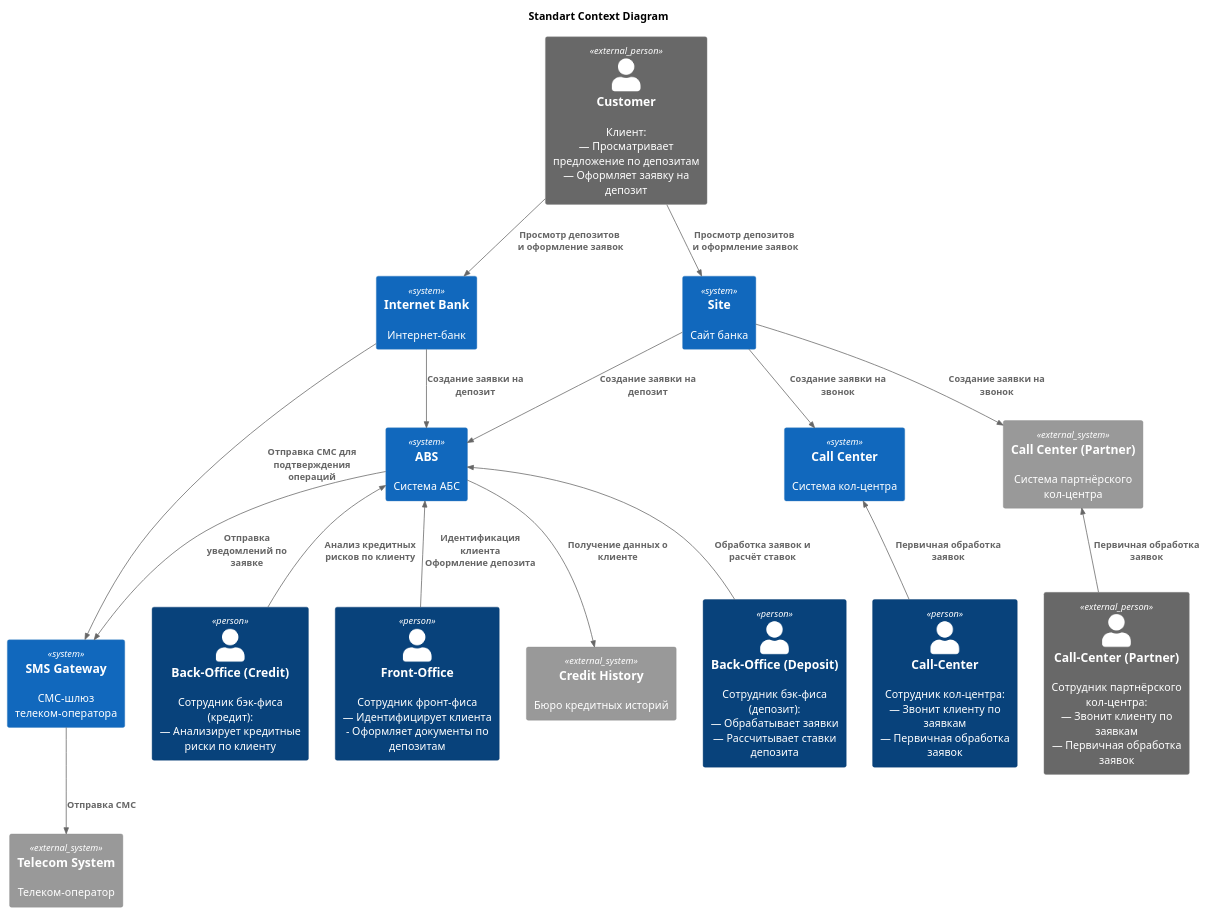
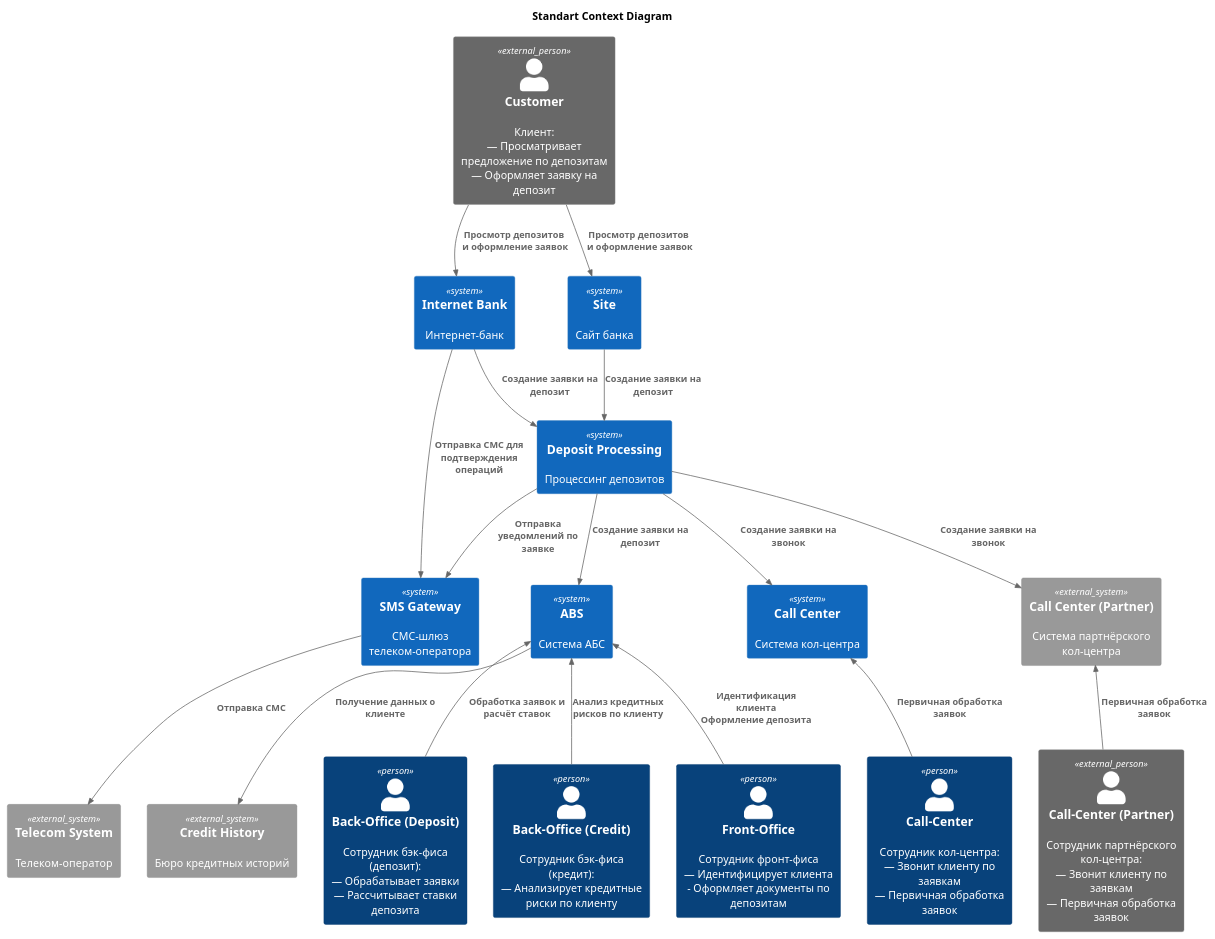
One commit to oreshkanet/ya-architecture-pro-standart changed the diagram in Task3/Context.puml. Above: the diagram before and after it, drawn with PlantUML. The commit also changed 14 other files, not shown here.

```diff
--- a/Task3/Context.puml
+++ b/Task3/Context.puml
@@ -1,47 +1,50 @@
 @startuml Standart_Context
 title Standart Context Diagram
 
 !include ../c4/C4_Context.puml
 
 ' ПОЛЬЗОВАТЕЛИ
 Person_Ext(Customer, "Customer", "Клиент:\n— Просматривает предложение по депозитам\n— Оформляет заявку на депозит")
 Person_Ext(CallCenterParnerUser, "Call-Center (Partner)", "Сотрудник партнёрского кол-центра:\n— Звонит клиенту по заявкам\n— Первичная обработка заявок")
 Person(CallCenterUser, "Call-Center", "Сотрудник кол-центра:\n— Звонит клиенту по заявкам\n— Первичная обработка заявок")
 Person(BackOfficeDepositUser, "Back-Office (Deposit)", "Сотрудник бэк-фиса (депозит):\n— Обрабатывает заявки\n— Рассчитывает ставки депозита")
 Person(BackOfficeCreditUser, "Back-Office (Credit)", "Сотрудник бэк-фиса (кредит):\n— Анализирует кредитные риски по клиенту")
 Person(FrontOfficeUser, "Front-Office", "Сотрудник фронт-фиса\n— Идентифицирует клиента\n- Оформляет документы по депозитам")
 
 ' ВНЕШНИЕ СИСТЕМЫ
 System_Ext(TelecomSystem, "Telecom System", "Телеком-оператор")
 System_Ext(CallCenterPartnerSystem, "Call Center (Partner)", "Система партнёрского кол-центра")
 System_Ext(CreditHistorySystem, "Credit History", "Бюро кредитных историй")
 
 ' ВНУТРЕННИЕ СИСТЕМЫ
 System(CallCenterSystem, "Call Center", "Система кол-центра")
 System(ABSSystem, "ABS", "Система АБС")
+System(DepositProcessingSystem, "Deposit Processing", "Процессинг депозитов")
 System(InternetBankSystem, "Internet Bank", "Интернет-банк")
 System(SiteSystem, "Site", "Сайт банка")
 System(SMSGateway, "SMS Gateway", "СМС-шлюз телеком-оператора")
 
 ' ВЗАИМОДЕЙСТВИЯ
 Rel(Customer, SiteSystem, "Просмотр депозитов\n и оформление заявок")
 Rel(Customer, InternetBankSystem, "Просмотр депозитов\n и оформление заявок")
 Rel_U(CallCenterParnerUser, CallCenterPartnerSystem, "Первичная обработка заявок")
 Rel_U(CallCenterUser, CallCenterSystem, "Первичная обработка заявок")
 Rel_U(BackOfficeDepositUser, ABSSystem, "Обработка заявок и расчёт ставок")
 Rel_U(BackOfficeCreditUser, ABSSystem, "Анализ кредитных рисков по клиенту")
 Rel_U(FrontOfficeUser, ABSSystem, "Идентификация клиента\nОформление депозита")
 
 Rel(SMSGateway, TelecomSystem, "Отправка СМС")
-Rel(SiteSystem, CallCenterPartnerSystem, "Создание заявки на звонок")
-Rel(SiteSystem, CallCenterSystem, "Создание заявки на звонок")
+
+Rel(DepositProcessingSystem, CallCenterPartnerSystem, "Создание заявки на звонок")
+Rel(DepositProcessingSystem, CallCenterSystem, "Создание заявки на звонок")
 
 Rel(ABSSystem, CreditHistorySystem, "Получение данных о клиенте")
-Rel(ABSSystem, SMSGateway, "Отправка уведомлений по заявке")
+Rel(DepositProcessingSystem, SMSGateway, "Отправка уведомлений по заявке")
 Rel(InternetBankSystem, SMSGateway, "Отправка СМС для подтверждения операций")
 
-Rel(InternetBankSystem, ABSSystem, "Создание заявки на депозит")
-Rel(SiteSystem, ABSSystem, "Создание заявки на депозит")
+Rel(InternetBankSystem, DepositProcessingSystem, "Создание заявки на депозит")
+Rel(DepositProcessingSystem, ABSSystem, "Создание заявки на депозит")
+Rel(SiteSystem, DepositProcessingSystem, "Создание заявки на депозит")
 
 
 @enduml
```
